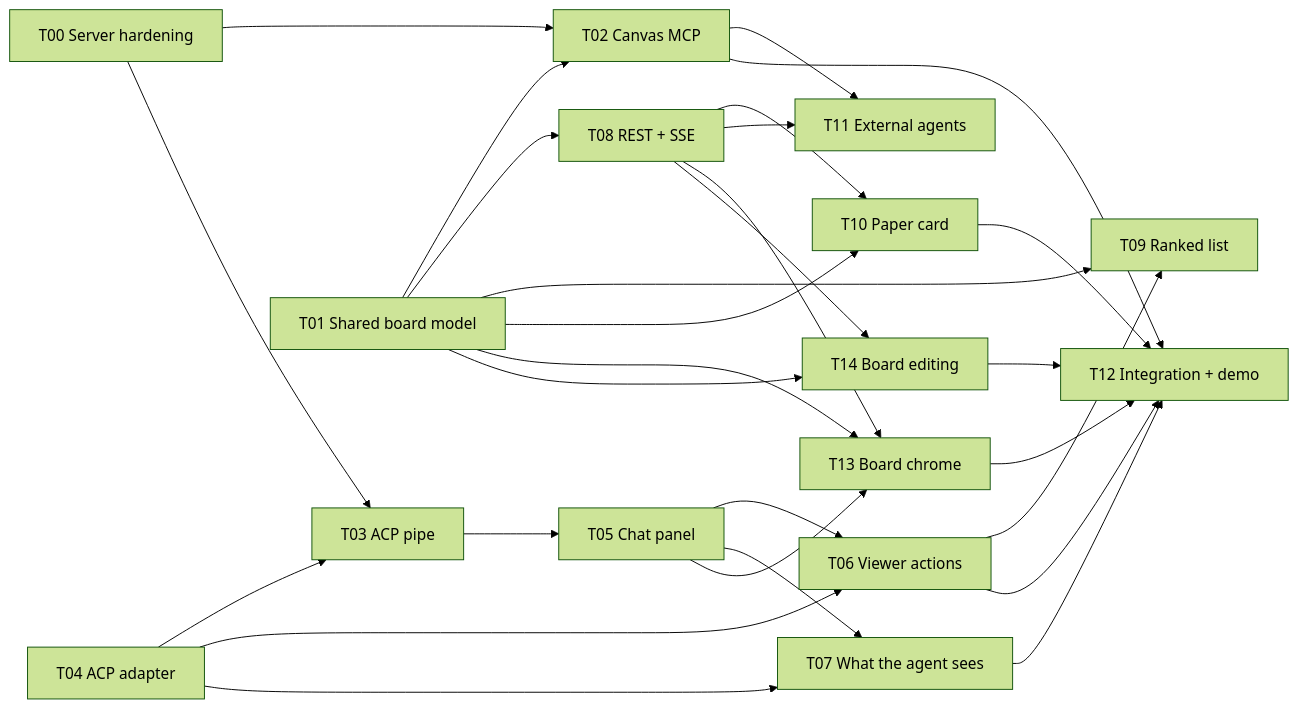
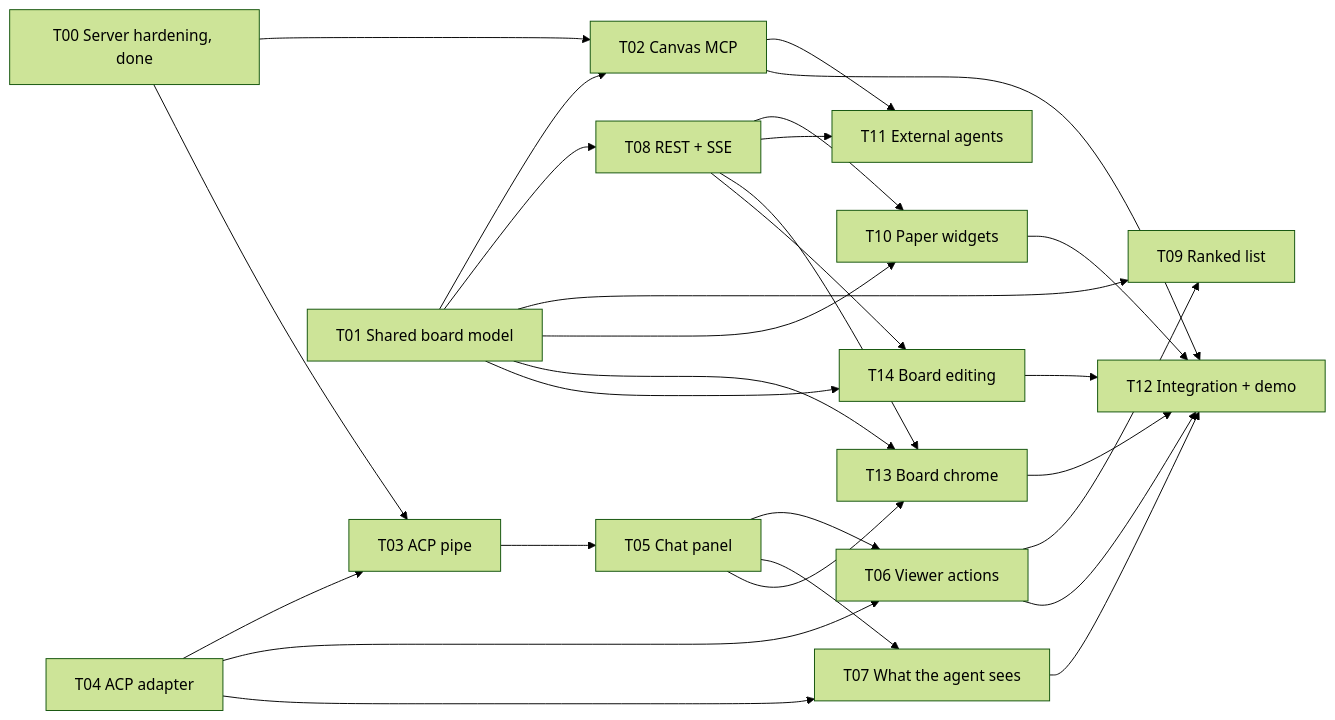
Before and after one commit to kmariuszk/nebius-hackathon: the first of 3 diagrams in docs/wps/tldraw-integration/README.md, drawn with Mermaid (forest theme). The commit also changed other lines of this file and 15 other files, not shown here.

````diff
--- a/docs/wps/tldraw-integration/README.md
+++ b/docs/wps/tldraw-integration/README.md
@@ -75,30 +76,30 @@
 ```mermaid
 flowchart LR
-  T00["T00 Server hardening"] --> T02
+  T00["T00 Server hardening, done"] --> T02
   T00 --> T03
   T01["T01 Shared board model"] --> T02["T02 Canvas MCP"]
   T01 --> T08["T08 REST + SSE"]
   T04["T04 ACP adapter"] --> T03["T03 ACP pipe"]
   T03 --> T05["T05 Chat panel"]
   T04 --> T06["T06 Viewer actions"]
   T05 --> T06
   T04 --> T07["T07 What the agent sees"]
   T05 --> T07
   T01 --> T09["T09 Ranked list"]
   T06 --> T09
-  T08 --> T10["T10 Paper card"]
+  T08 --> T10["T10 Paper widgets"]
   T01 --> T10
   T02 --> T11["T11 External agents"]
   T08 --> T11
   T02 --> T12["T12 Integration + demo"]
   T06 --> T12
   T07 --> T12
   T10 --> T12
   T01 --> T13["T13 Board chrome"]
   T05 --> T13
   T08 --> T13
   T01 --> T14["T14 Board editing"]
   T08 --> T14
   T13 --> T12
   T14 --> T12
 ```
````
